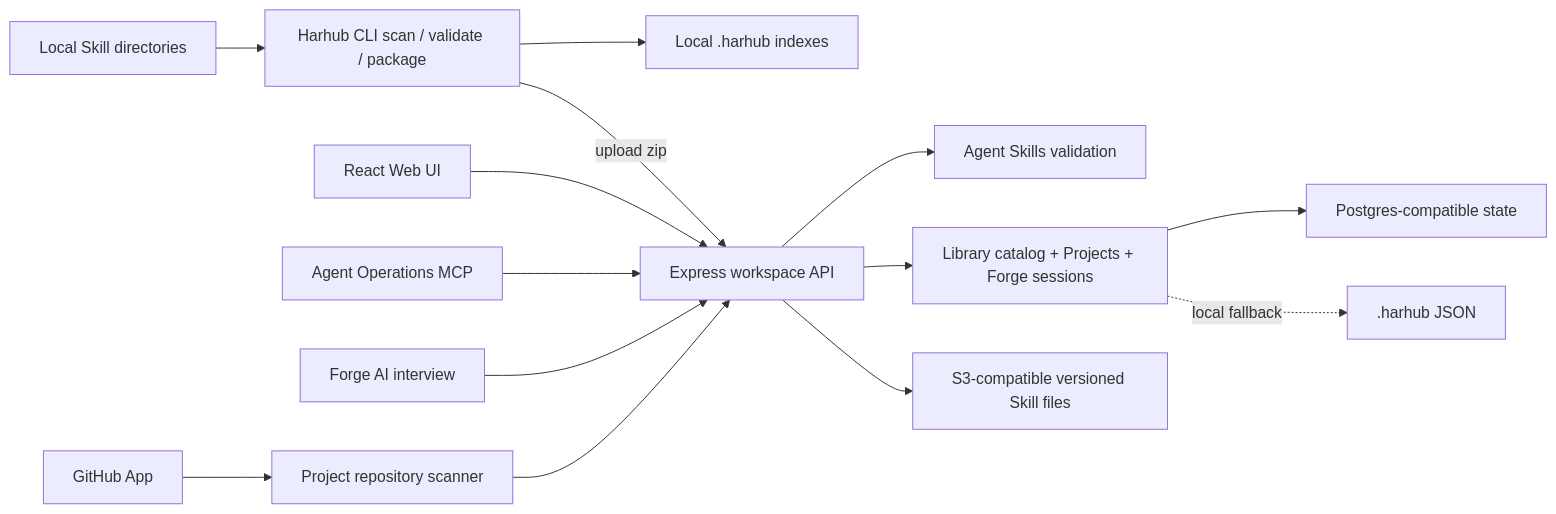
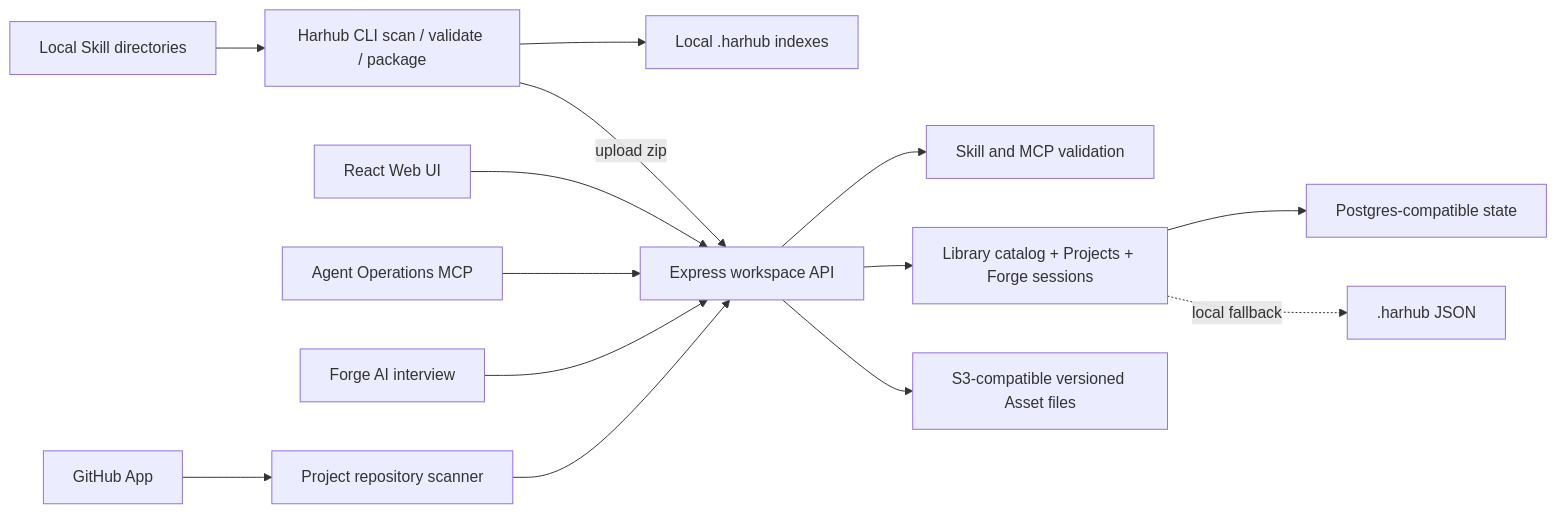
Before and after one commit to RockChinQ/harhub: the first of 2 diagrams in docs/05-architecture.md, drawn with Mermaid. The commit also changed other lines of this file and 73 other files, not shown here.

Commit message:
feat: complete MCP asset workflow

````diff
--- a/docs/05-architecture.md
+++ b/docs/05-architecture.md
@@ -21,16 +21,16 @@
 ```mermaid
 flowchart LR
   Local["Local Skill directories"] --> CLI["Harhub CLI scan / validate / package"]
   CLI --> LocalIndex["Local .harhub indexes"]
   CLI -- "upload zip" --> API["Express workspace API"]
   Web["React Web UI"] --> API
   MCP["Agent Operations MCP"] --> API
   Forge["Forge AI interview"] --> API
   GitHub["GitHub App"] --> Scanner["Project repository scanner"]
   Scanner --> API
-  API --> Validate["Agent Skills validation"]
+  API --> Validate["Skill and MCP validation"]
   API --> Catalog["Library catalog + Projects + Forge sessions"]
-  API --> S3["S3-compatible versioned Skill files"]
+  API --> S3["S3-compatible versioned Asset files"]
   Catalog --> Postgres["Postgres-compatible state"]
   Catalog -. "local fallback" .-> JSON[".harhub JSON"]
 ```
````
